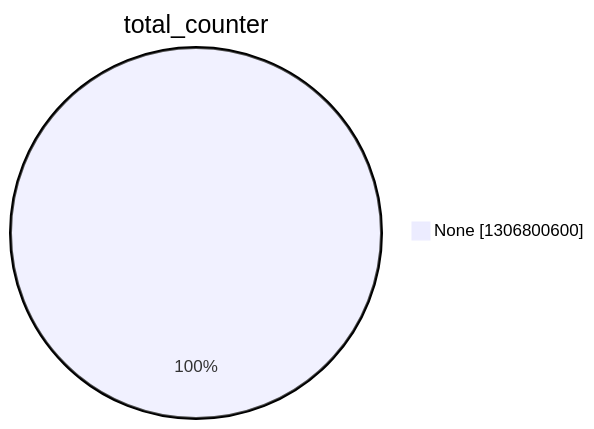
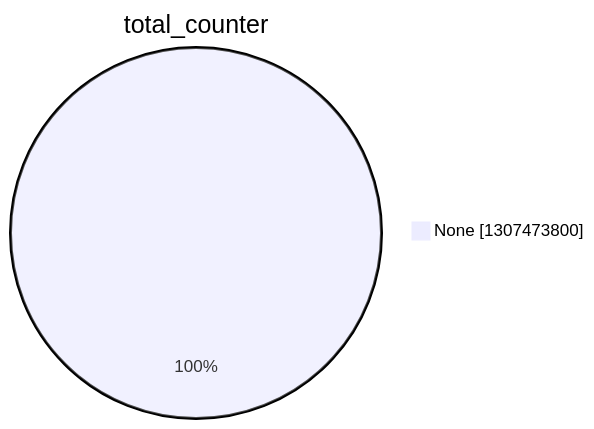
Before and after one commit to christiankrug/ctmonitor_visualization: the second of 15 diagrams in argon2022/README.md, drawn with Mermaid. The commit also changed other lines of this file, not shown here.

````diff
--- a/argon2022/README.md
+++ b/argon2022/README.md
@@ -9,5 +9,5 @@
 ```mermaid
 pie showData
 title total_counter
-"None" :1306800600
+"None" :1307473800
 ```
````
